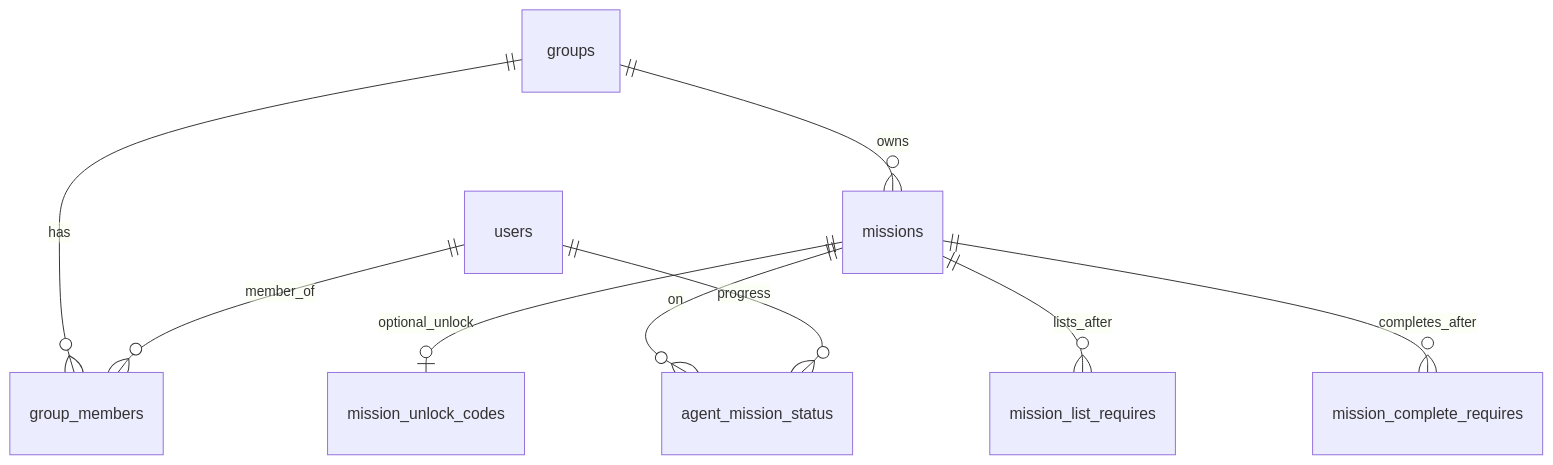
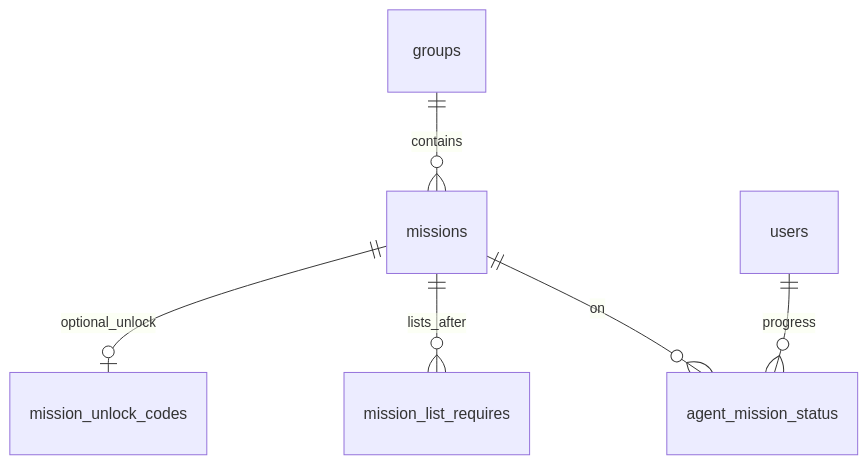
Before and after one commit to bjcoleman/radspion: the diagram in docs/design/02-entities.md, drawn with Mermaid. The commit also changed other lines of this file and 26 other files, not shown here.

````diff
--- a/docs/design/02-entities.md
+++ b/docs/design/02-entities.md
@@ -87,11 +77,8 @@
 ```mermaid
 erDiagram
-    users ||--o{ group_members : member_of
-    groups ||--o{ group_members : has
-    groups ||--o{ missions : owns
+    groups ||--o{ missions : contains
     missions ||--o| mission_unlock_codes : optional_unlock
     missions ||--o{ mission_list_requires : lists_after
-    missions ||--o{ mission_complete_requires : completes_after
     users ||--o{ agent_mission_status : progress
     missions ||--o{ agent_mission_status : on
 ```
````
